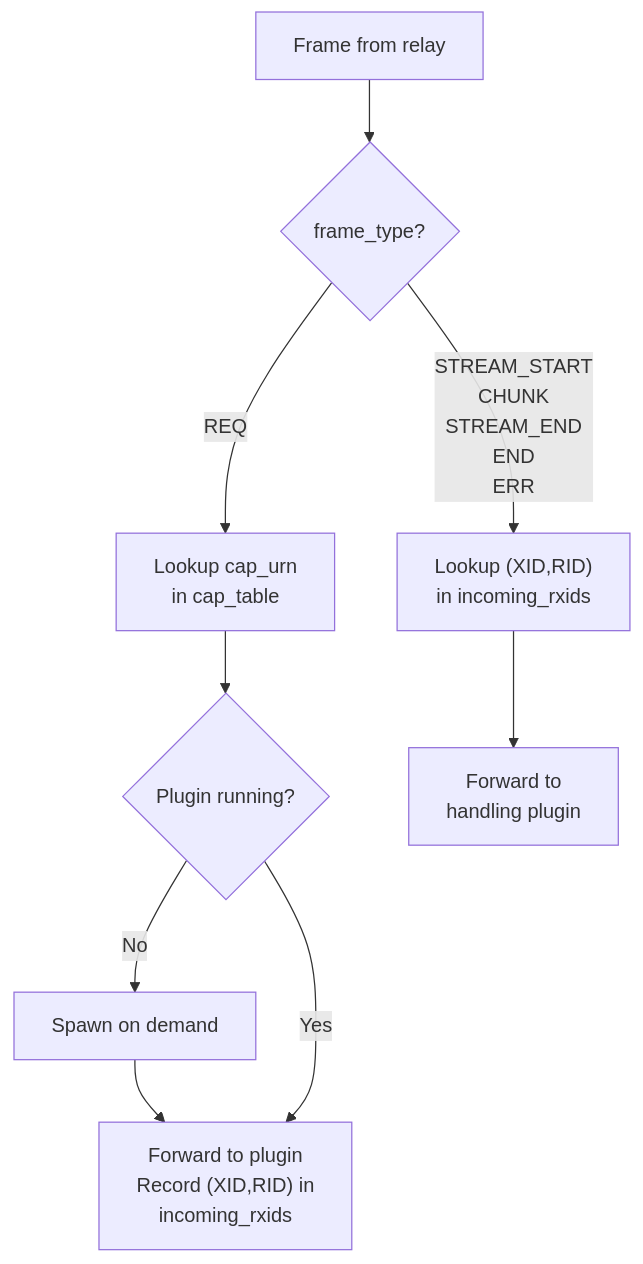
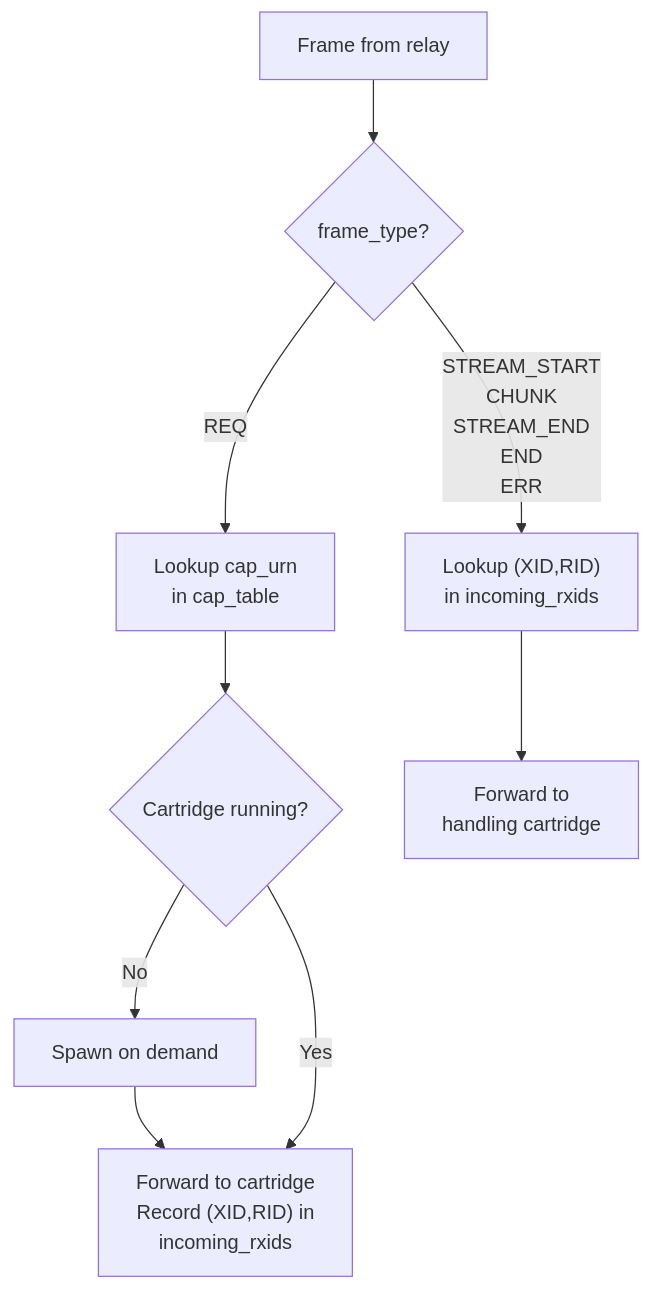
One commit to machinefabric/capns changed the third of 3 diagrams in docs/14.1-HOST-RUNTIME.md. Above: the diagram before and after it, drawn with Mermaid. The commit also changed other lines of this file and 53 other files, not shown here.

````diff
--- a/docs/14.1-HOST-RUNTIME.md
+++ b/docs/14.1-HOST-RUNTIME.md
@@ -102,12 +102,12 @@
 ```mermaid
 flowchart TD
     F["Frame from relay"] --> FT{frame_type?}
     FT -->|REQ| CAP["Lookup cap_urn<br/>in cap_table"]
-    CAP --> RUN{Plugin running?}
+    CAP --> RUN{Cartridge running?}
     RUN -->|No| SP["Spawn on demand"]
     SP --> FWD
-    RUN -->|Yes| FWD["Forward to plugin<br/>Record (XID,RID) in<br/>incoming_rxids"]
+    RUN -->|Yes| FWD["Forward to cartridge<br/>Record (XID,RID) in<br/>incoming_rxids"]
 
     FT -->|"STREAM_START<br/>CHUNK<br/>STREAM_END<br/>END<br/>ERR"| CONT["Lookup (XID,RID)<br/>in incoming_rxids"]
-    CONT --> FWD2["Forward to<br/>handling plugin"]
+    CONT --> FWD2["Forward to<br/>handling cartridge"]
 ```
````
